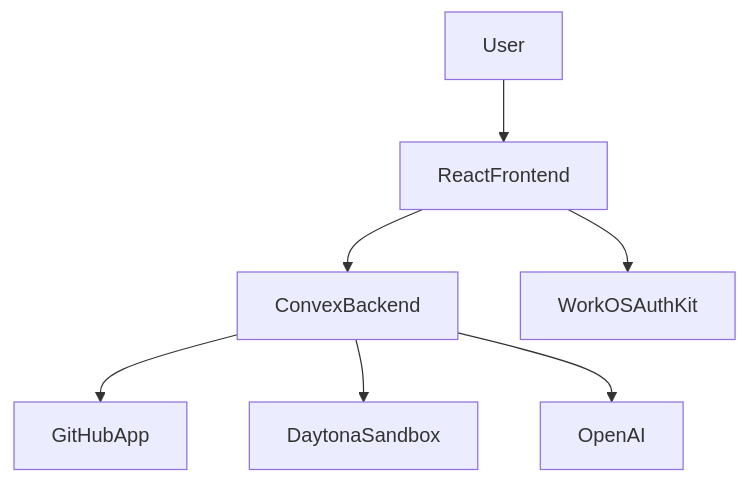
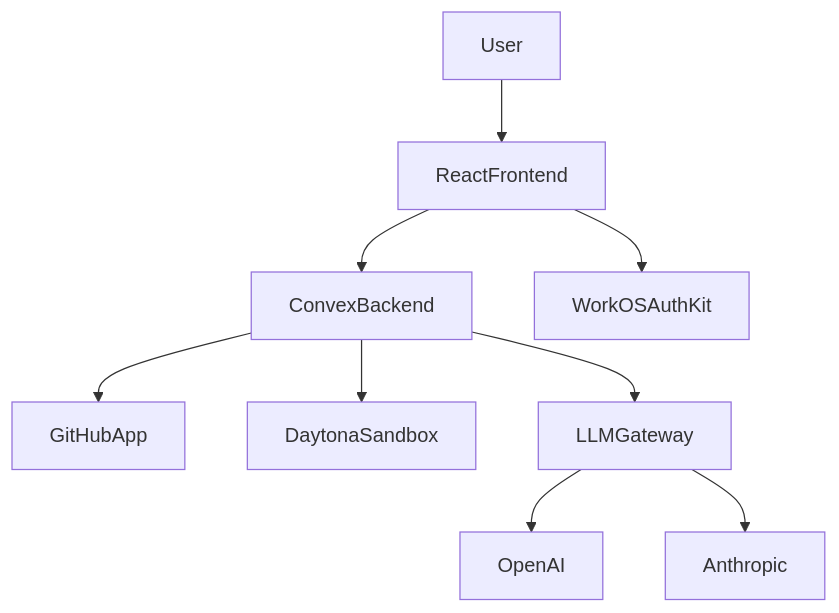
One commit to EricTsai83/systify changed the first of 2 diagrams in docs/system-overview.md. Above: the diagram before and after it, drawn with Mermaid. The commit also changed other lines of this file and 31 other files, not shown here.

````diff
--- a/docs/system-overview.md
+++ b/docs/system-overview.md
@@ -28,17 +28,21 @@
 ```mermaid
 flowchart TD
   User[User]
   Frontend[ReactFrontend]
   Convex[ConvexBackend]
   WorkOS[WorkOSAuthKit]
   GitHub[GitHubApp]
   Daytona[DaytonaSandbox]
+  LLMGateway[LLMGateway]
   OpenAI[OpenAI]
+  Anthropic[Anthropic]
 
   User --> Frontend
   Frontend --> WorkOS
   Frontend --> Convex
   Convex --> GitHub
   Convex --> Daytona
-  Convex --> OpenAI
+  Convex --> LLMGateway
+  LLMGateway --> OpenAI
+  LLMGateway --> Anthropic
 ```
````
